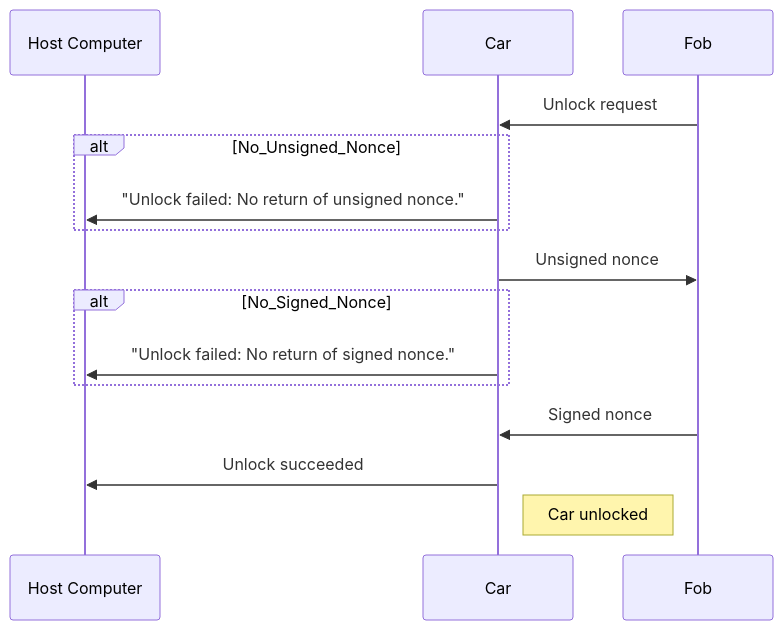
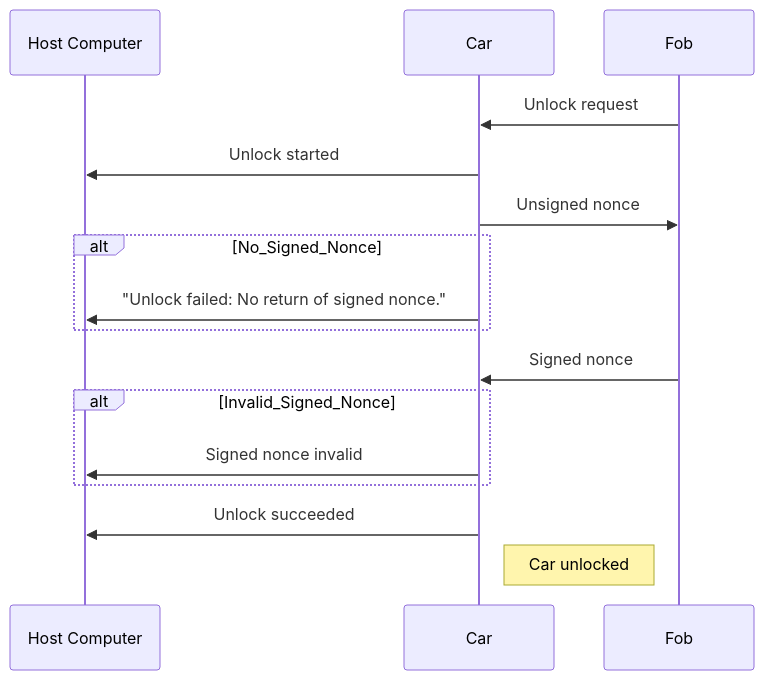
The second of 2 diagrams in docs/protocol.md (sigpwny/2023-ectf-uiuc), drawn with Mermaid before and after one commit.

````diff
--- a/docs/protocol.md
+++ b/docs/protocol.md
@@ -46,17 +46,18 @@
 ```mermaid
 sequenceDiagram
     participant Host Computer
     participant Car
     participant Fob
     Fob->>Car: Unlock request
-    alt No_Unsigned_Nonce
-        Car ->> Host Computer: "Unlock failed: No return of unsigned nonce."
-    end
+    Car->>Host Computer: Unlock started
     Car->>Fob: Unsigned nonce
     alt No_Signed_Nonce
         Car ->> Host Computer: "Unlock failed: No return of signed nonce."
     end
-        Fob->>Car: Signed nonce
+    Fob->>Car: Signed nonce
+    alt Invalid_Signed_Nonce
+        Car->>Host Computer: Signed nonce invalid
+    end
         Car->>Host Computer: Unlock succeeded
     Note right of Car: Car unlocked
 ```
````
